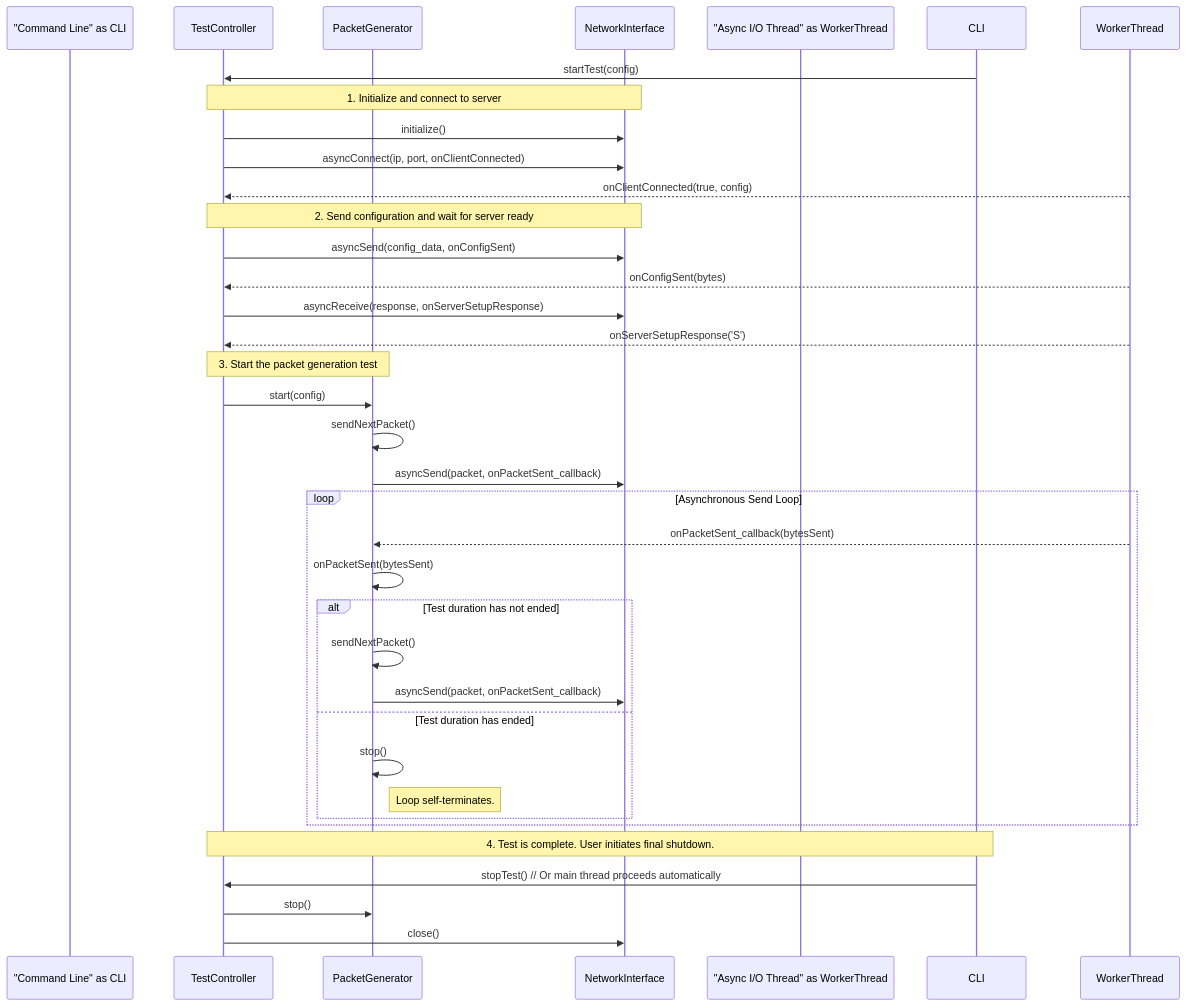
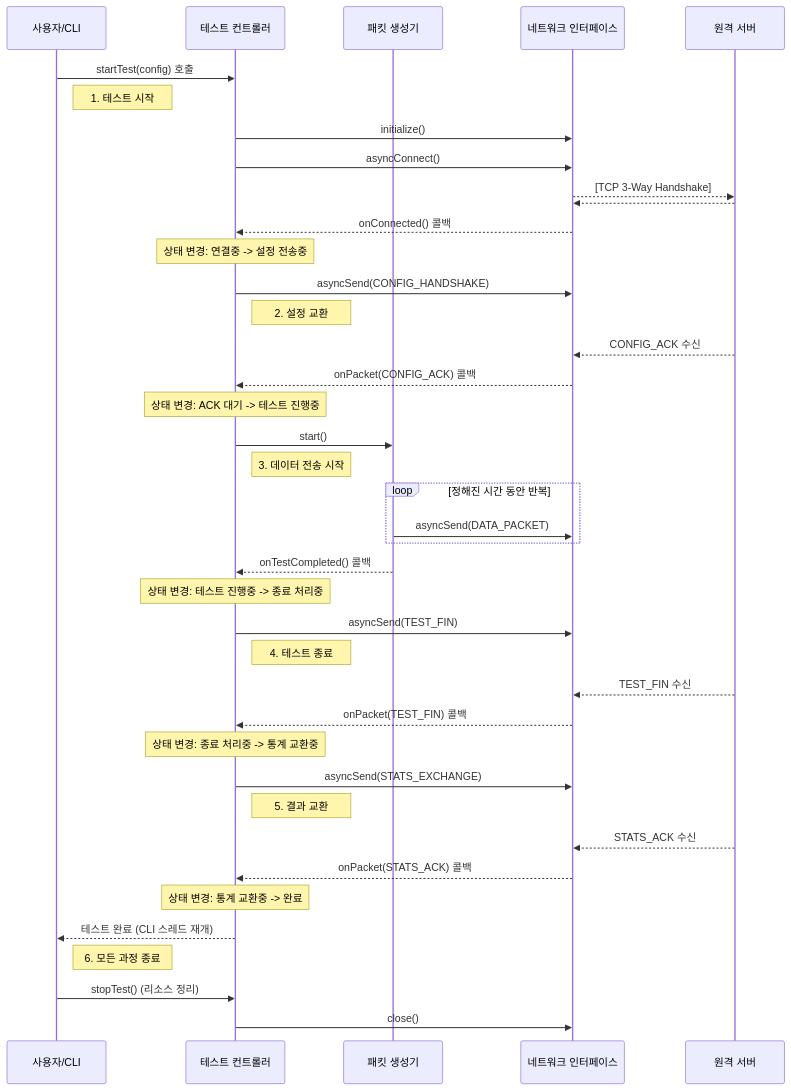
One commit to JunKIM2603a/MyIperf changed the diagram in UML/ClientSequenceDiagram.md. Above: the diagram before and after it, drawn with Mermaid. The commit also changed other lines of this file and 13 other files, not shown here.

Commit message:
데이터 교환 OK, UML 업데이트

````diff
--- a/UML/ClientSequenceDiagram.md
+++ b/UML/ClientSequenceDiagram.md
@@ -5,44 +7,51 @@
 ```mermaid
 sequenceDiagram
-    participant "Command Line" as CLI
-    participant TestController
-    participant PacketGenerator
-    participant NetworkInterface
-    participant "Async I/O Thread" as WorkerThread
+    participant 사용자 as 사용자/CLI
+    participant 컨트롤러 as 테스트 컨트롤러
+    participant 생성기 as 패킷 생성기
+    participant 네트워크 as 네트워크 인터페이스
+    participant 서버 as 원격 서버
 
-    CLI->>TestController: startTest(config) 
+    사용자->>컨트롤러: startTest(config) 호출
+    note right of 사용자: 1. 테스트 시작
 
-    Note over TestController, NetworkInterface: 1. Initialize and connect to server
-    TestController->>NetworkInterface: initialize()
-    TestController->>NetworkInterface: asyncConnect(ip, port, onClientConnected)
-    WorkerThread-->>TestController: onClientConnected(true, config)
+    컨트롤러->>네트워크: initialize()
+    컨트롤러->>네트워크: asyncConnect()
+    네트워크-->>서버: [TCP 3-Way Handshake]
+    서버-->>네트워크: 
+    네트워크-->>컨트롤러: onConnected() 콜백
+    note over 컨트롤러: 상태 변경: 연결중 -> 설정 전송중
 
-    Note over TestController, NetworkInterface: 2. Send configuration and wait for server ready
-    TestController->>NetworkInterface: asyncSend(config_data, onConfigSent)
-    WorkerThread-->>TestController: onConfigSent(bytes)
-    TestController->>NetworkInterface: asyncReceive(response, onServerSetupResponse)
-    WorkerThread-->>TestController: onServerSetupResponse('S')
-    
-    Note over TestController, PacketGenerator: 3. Start the packet generation test
-    TestController->>PacketGenerator: start(config)
-    PacketGenerator->>PacketGenerator: sendNextPacket()
-    PacketGenerator->>NetworkInterface: asyncSend(packet, onPacketSent_callback)
-    
-    loop Asynchronous Send Loop
-        WorkerThread-->>PacketGenerator: onPacketSent_callback(bytesSent)
-        PacketGenerator->>PacketGenerator: onPacketSent(bytesSent)
-        
-        alt Test duration has not ended
-            PacketGenerator->>PacketGenerator: sendNextPacket()
-            PacketGenerator->>NetworkInterface: asyncSend(packet, onPacketSent_callback)
-        else Test duration has ended
-            PacketGenerator->>PacketGenerator: stop()
-            Note right of PacketGenerator: Loop self-terminates.
-        end
+    컨트롤러->>네트워크: asyncSend(CONFIG_HANDSHAKE)
+    note right of 컨트롤러: 2. 설정 교환
+    서버-->>네트워크: CONFIG_ACK 수신
+    네트워크-->>컨트롤러: onPacket(CONFIG_ACK) 콜백
+    note over 컨트롤러: 상태 변경: ACK 대기 -> 테스트 진행중
+
+    컨트롤러->>생성기: start()
+    note right of 컨트롤러: 3. 데이터 전송 시작
+
+    loop 정해진 시간 동안 반복
+        생성기->>네트워크: asyncSend(DATA_PACKET)
     end
 
-    Note over CLI, TestController: 4. Test is complete. User initiates final shutdown.
-    CLI->>TestController: stopTest() // Or main thread proceeds automatically
-    TestController->>PacketGenerator: stop()
-    TestController->>NetworkInterface: close()
+    생성기-->>컨트롤러: onTestCompleted() 콜백
+    note over 컨트롤러: 상태 변경: 테스트 진행중 -> 종료 처리중
+    컨트롤러->>네트워크: asyncSend(TEST_FIN)
+    note right of 컨트롤러: 4. 테스트 종료
+
+    서버-->>네트워크: TEST_FIN 수신
+    네트워크-->>컨트롤러: onPacket(TEST_FIN) 콜백
+    note over 컨트롤러: 상태 변경: 종료 처리중 -> 통계 교환중
+
+    컨트롤러->>네트워크: asyncSend(STATS_EXCHANGE)
+    note right of 컨트롤러: 5. 결과 교환
+    서버-->>네트워크: STATS_ACK 수신
+    네트워크-->>컨트롤러: onPacket(STATS_ACK) 콜백
+    note over 컨트롤러: 상태 변경: 통계 교환중 -> 완료
+
+    컨트롤러-->>사용자: 테스트 완료 (CLI 스레드 재개)
+    note right of 사용자: 6. 모든 과정 종료
+    사용자->>컨트롤러: stopTest() (리소스 정리)
+    컨트롤러->>네트워크: close()
 ```
````
